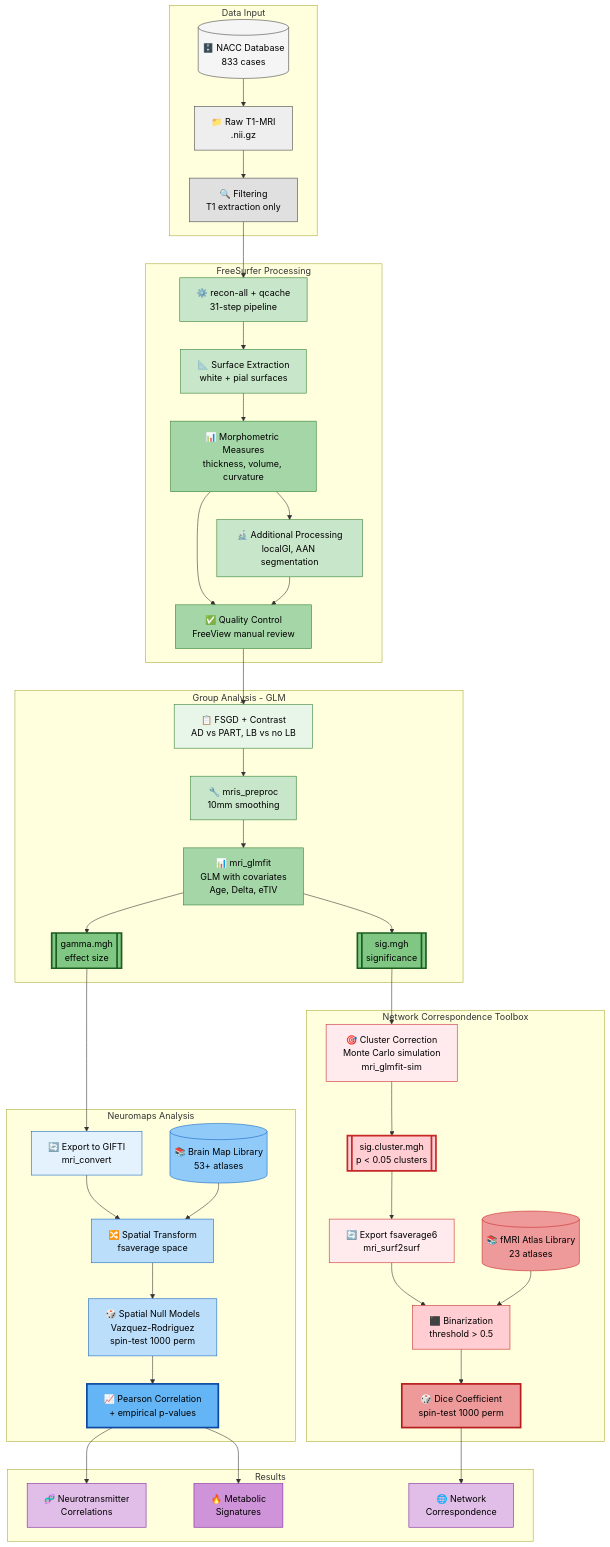
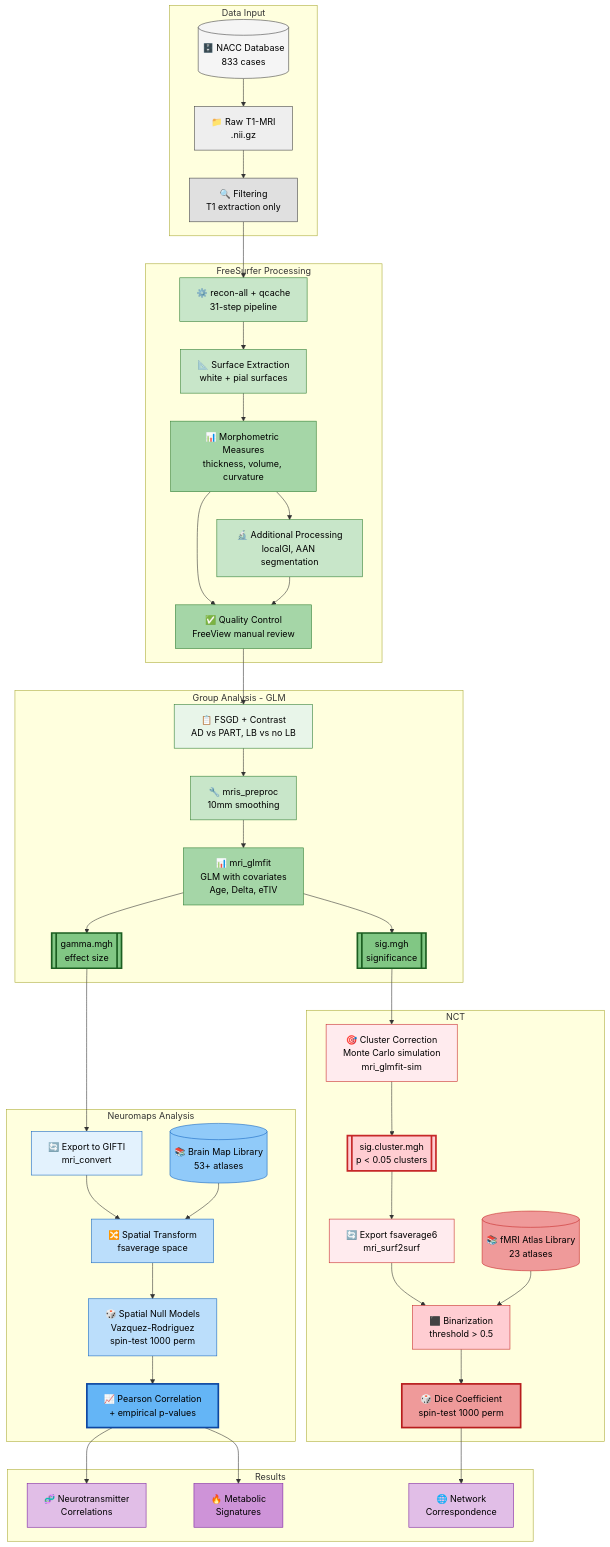
Before and after one commit to luisAraujo11/Thesis: the diagram in README.md, drawn with Mermaid.

Commit message:
Final MD

```diff
--- a/README.md
+++ b/README.md
@@ -50,7 +50,7 @@
     end
     
     %% ============ NCT BRANCH ============
-    subgraph NCT["Network Correspondence Toolbox"]
+    subgraph NCT["NCT"]
         E1["🎯 Cluster Correction<br/>Monte Carlo simulation<br/>mri_glmfit-sim"]
         E2[["sig.cluster.mgh<br/>p < 0.05 clusters"]]
         E3["🔄 Export fsaverage6<br/>mri_surf2surf"]
```
